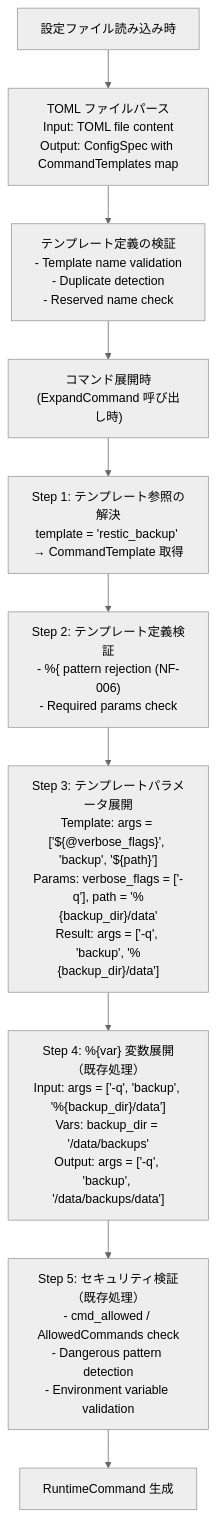
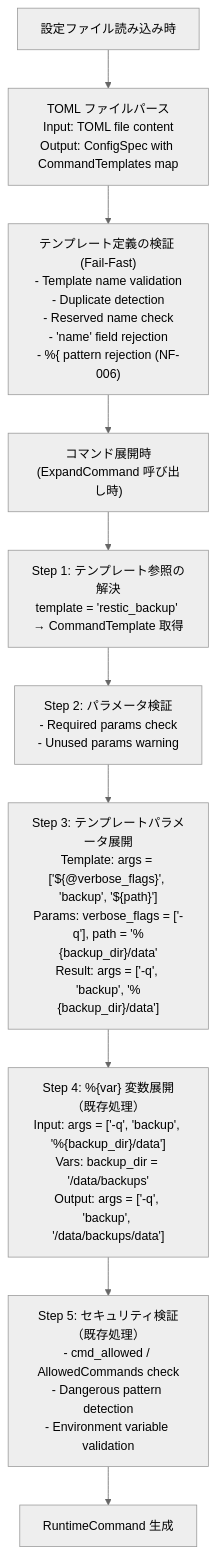
Before and after one commit to isseis/go-safe-cmd-runner: the second of 11 diagrams in docs/tasks/0062_command_templates/02_architecture.md, drawn with Mermaid (neutral theme). The commit also changed other lines of this file, not shown here.

First line of the commit message:
docs(templates): clarify validation timing with Fail-Fast principle

````diff
--- a/docs/tasks/0062_command_templates/02_architecture.md
+++ b/docs/tasks/0062_command_templates/02_architecture.md
@@ -38,23 +38,23 @@
 ```mermaid
 graph TD
     A["設定ファイル読み込み時"]
     B["TOML ファイルパース<br/>Input: TOML file content<br/>Output: ConfigSpec with CommandTemplates map"]
-    C["テンプレート定義の検証<br/>- Template name validation<br/>- Duplicate detection<br/>- Reserved name check"]
+    C["テンプレート定義の検証 (Fail-Fast)<br/>- Template name validation<br/>- Duplicate detection<br/>- Reserved name check<br/>- 'name' field rejection<br/>- %{ pattern rejection (NF-006)"]
     D["コマンド展開時<br/>(ExpandCommand 呼び出し時)"]
     E["Step 1: テンプレート参照の解決<br/>template = 'restic_backup' → CommandTemplate 取得"]
-    F["Step 2: テンプレート定義検証<br/>- %{ pattern rejection (NF-006)<br/>- Required params check"]
+    F["Step 2: パラメータ検証<br/>- Required params check<br/>- Unused params warning"]
     G["Step 3: テンプレートパラメータ展開<br/>Template: args = ['${@verbose_flags}', 'backup', '${path}']<br/>Params: verbose_flags = ['-q'], path = '%{backup_dir}/data'<br/>Result: args = ['-q', 'backup', '%{backup_dir}/data']"]
     H["Step 4: %{var} 変数展開（既存処理）<br/>Input: args = ['-q', 'backup', '%{backup_dir}/data']<br/>Vars: backup_dir = '/data/backups'<br/>Output: args = ['-q', 'backup', '/data/backups/data']"]
     I["Step 5: セキュリティ検証（既存処理）<br/>- cmd_allowed / AllowedCommands check<br/>- Dangerous pattern detection<br/>- Environment variable validation"]
     J["RuntimeCommand 生成"]
 
     A --> B
     B --> C
     C --> D
     D --> E
     E --> F
     F --> G
     G --> H
     H --> I
     I --> J
 ```
````
